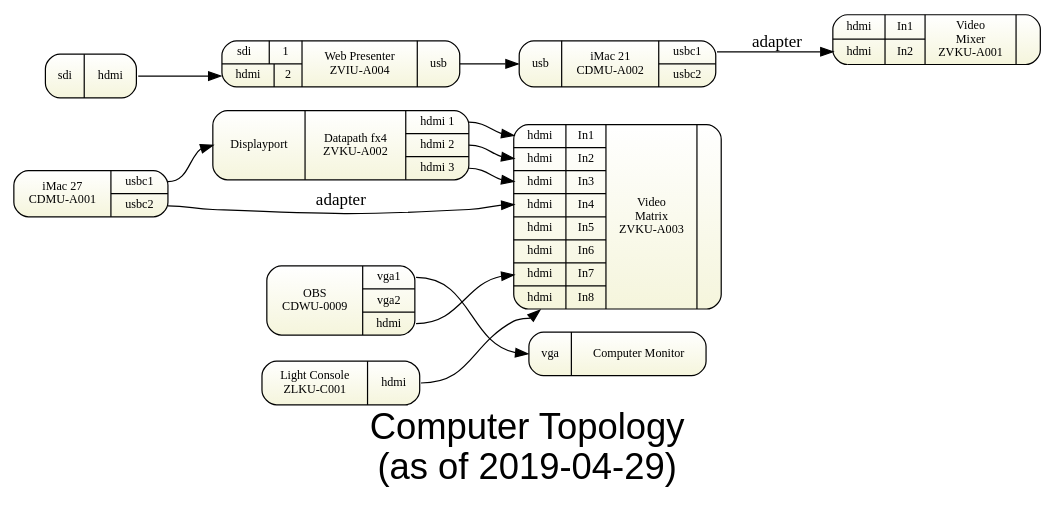
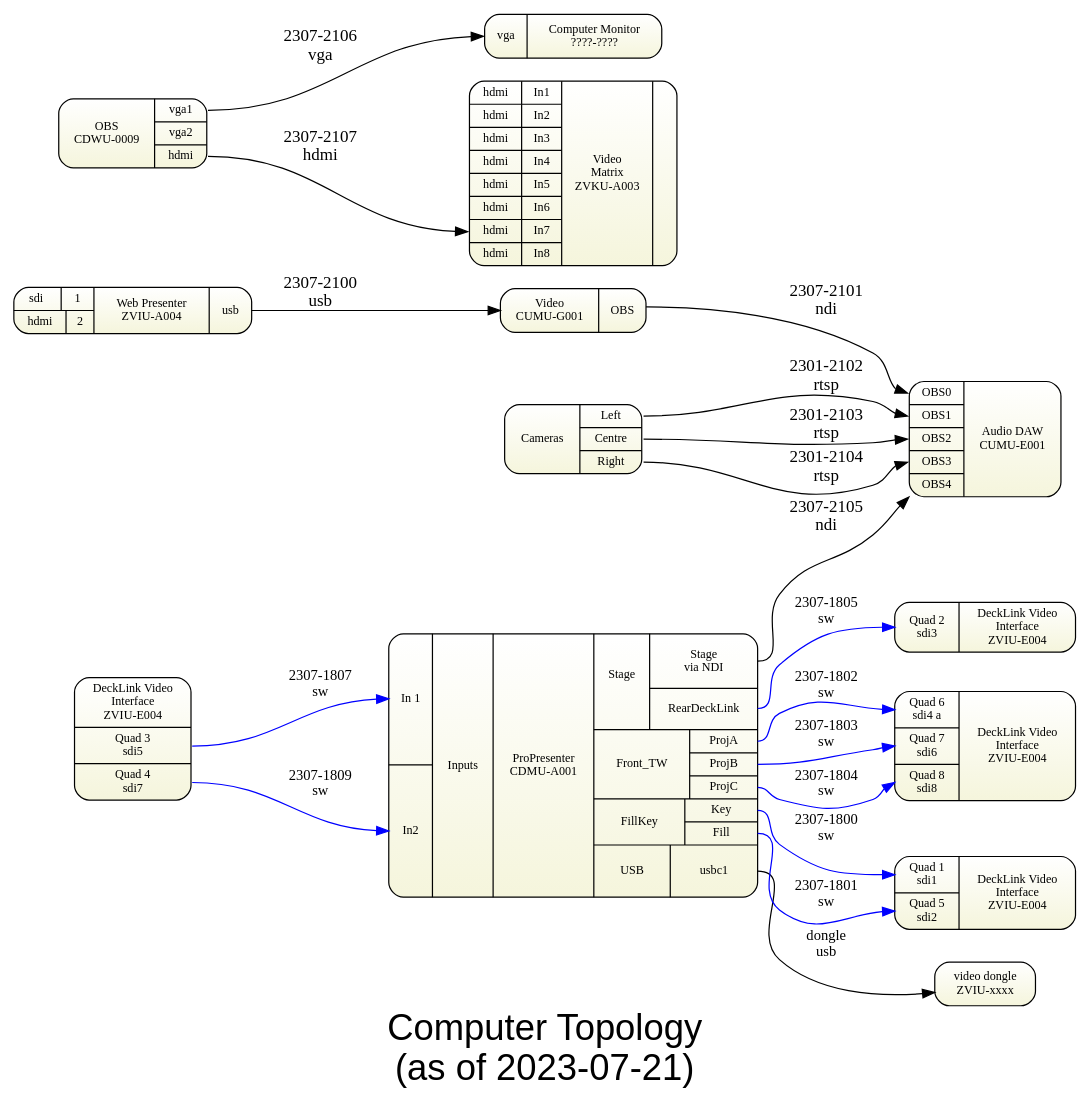
The diagram in sdv-topology1-computer.gv (avmaint/uactechdoc), drawn with Graphviz before and after one commit. The commit also changed 10 other files, not shown here.

```diff
--- a/sdv-topology1-computer.gv
+++ b/sdv-topology1-computer.gv
@@ -1,48 +1,121 @@
 digraph topology1 { 
 graph [overlap = true, fontsize = 30, rankdir=LR 
-      label="Computer Topology\n(as of 2019-04-29)",
+      label="Computer Topology\n(as of 2023-07-21)",
       fontname = Helvetica]
 
 node [shape=Mrecord, tooltip="" , fontsize = 10, 
       fillcolor="white:beige" , style=filled  
       gradientangle=270]
       
-vmatrix [label="{
+cumug001 [label="{{Video\nCUMU-G001}| OBS} "]
+cumue001 [label="{{<obs0>OBS0|<obs1>OBS1|<obs2>OBS2|<obs3>OBS3|<obs4>OBS4}|Audio DAW\nCUMU-E001}"]
+
+cameras [label=" {{Cameras}| {<l>Left|<c>Centre|<r>Right}} "]
+
+zviua004 -> cumug001:usbin [label="2307-2100\nusb"]
+
+cumug001  -> cumue001:obs0 [label="2307-2101\nndi"] 
+cameras:l -> cumue001:obs1 [label="2301-2102\nrtsp"]
+cameras:c -> cumue001:obs2 [label="2301-2103\nrtsp"]
+cameras:r -> cumue001:obs3 [label="2301-2104\nrtsp"]
+cdmua001:sdndi -> cumue001:obs [label="2307-2105\nndi"  ]
+
+cdmua001  [ label="
+{  
+    { <in1> In 1  | <in2> In2 }  | Inputs   
+| {ProPresenter\nCDMU-A001}   
+| {
+  { \n\nStage\n\n\n\n | { <sdndi> Stage\nvia NDI |  <sd> RearDeckLink  } } 
+
+ | {  Front_TW | { <pa> ProjA  | <pb> ProjB | <pc> ProjC }   } 	
+ 
+| { FillKey | { <k> Key  | <f> Fill }   }
+ 
+| { \nUSB\n\n |  {<usbc1>usbc1  } }
+}}}"]; 
+
+cdmua001:usbc1 -> adapter [label="dongle\nusb" fontsize=12]
+adapter [label="video dongle\nZVIU-xxxx"]
+
+zviue004tw [  label="
+{{   
+  <c4> Quad 6\nsdi4 a
+| <c6> Quad 7\nsdi6
+| <c8> Quad 8\nsdi8 
+  
+}
+| DeckLink Video\nInterface\nZVIU-E004 
+ }
+"];   
+
+zviue004in [  label="
+ DeckLink Video\nInterface\nZVIU-E004 | 
+{{ 
+  <c5> Quad 3\nsdi5
+| <c7> Quad 4\nsdi7
+}} 
+"]; 
+
+ zviue004kf [   label="
+ DeckLink Video\nInterface\nZVIU-E004 | 
+{{ 
+  <c1> Quad 1\nsdi1 
+| <c2> Quad 5\nsdi2
+}} 
+"];   
+
+zviue004sd [  label="
+{
+{  
+  <c3> Quad 2\nsdi3 
+} 
+|  DeckLink Video\nInterface\nZVIU-E004}  
+"]; 
+      
+zvkua003 [label="{
   {{<i1>hdmi|In1}|{<i2>hdmi|In2}|{<i3>hdmi|In3}|{<i4>hdmi|In4}|{<i5>hdmi|In5}|{<i6>hdmi|In6}|{<i7>hdmi|In7}|{<i8>hdmi|In8}}
   |{Video\nMatrix\nZVKU-A003}|
   {  } }"]
-  
-rswitch [label="{
-  {{<i1>hdmi|In1}|{<i2>hdmi|In2} }
-  |{Video\nMixer\nZVKU-A001}|
-    }"]  
     
 cdwu0009 [label="{{OBS\nCDWU-0009}|{<vga1>vga1|<vga2>vga2|<hdmi>hdmi}}"]
-cdmua001 [label="{{iMac 27\nCDMU-A001}|{<usbc1>usbc1|<usbc2>usbc2}}"]
-cdmua002 [label="{{<usbin>usb}|{iMac 21\nCDMU-A002}|{<usbc1>usbc1|<usbc2>usbc2}}"]
 
-wp [label="{{ {<i1>sdi&nbsp; |1 }|{<i2>hdmi|2} }|{Web Presenter \n ZVIU-A004}|{<usb>usb}}"]
+zviue004in [  label="
+ DeckLink Video\nInterface\nZVIU-E004 | 
+{{ 
+  <c5> Quad 3\nsdi5
+| <c7> Quad 4\nsdi7
+}} 
+"];  
 
-s2h [label="{<i>sdi|<o>hdmi}"]
+zviue004kf [  label="
+{ 
+{  
+  <c1> Quad 1\nsdi1 
+| <c2> Quad 5\nsdi2
+} 
+| DeckLink Video\nInterface\nZVIU-E004 
+}"];   
 
-s2h:o -> wp:i2
+zviua004 [label="{{ {<i1>sdi&nbsp; |1 }|{<i2>hdmi|2} }|{Web Presenter \n ZVIU-A004}|{<usb>usb}}"]
 
-fx4 [label="{{<dp>Displayport}|{Datapath fx4\nZVKU-A002}|{<o1>hdmi 1|<o2>hdmi 2|<o3>hdmi 3}}"]
-zlkub001 [label="{{Light Console\nZLKU-C001}|{<hdmi>hdmi }}"]
+cdwu0009:vga1  -> b1monitor:i [label="2307-2106\nvga"]
 
-cdmua001:usbc1 -> fx4:dp  
-cdwu0009:vga1  -> b1monitor:i 
+b1monitor [label="{<i>vga|Computer Monitor\n
+	????-????
+}"] 
 
-b1monitor [label="{<i>vga|Computer Monitor}"] 
+cdwu0009:hdmi  -> zvkua003:i7 [label="2307-2107\nhdmi"]
 
-fx4:o1         -> vmatrix:i1
-fx4:o2         -> vmatrix:i2
-fx4:o3         -> vmatrix:i3
-cdmua001:usbc2 -> vmatrix:i4 [label="adapter"]
-# Inputs 5 and 6 are from the video mixer
-cdwu0009:hdmi  -> vmatrix:i7
-zlkub001:hdmi  -> vmatrix:i8
+subgraph sw_edges { 
+	edge [style="solid", color="blue" fontsize="12pt"]
+cdmua001:k  -> zviue004kf:c1   [label="2307-1800\nsw" ]
+cdmua001:f  -> zviue004kf:c2   [label="2307-1801\nsw" ]
+cdmua001:pa -> zviue004tw:c4   [label="2307-1802\nsw" ]
+cdmua001:pb -> zviue004tw:c6   [label="2307-1803\nsw" ]
+cdmua001:pc -> zviue004tw:c8   [label="2307-1804\nsw" ]
+cdmua001:sd -> zviue004sd:c3   [label="2307-1805\nsw" ]
+zviue004in:c5  -> cdmua001 :in1 [label="2307-1807\nsw" ]
+zviue004in:c7  -> cdmua001 :in2 [label="2307-1809\nsw" ]
+}
 
-wp -> cdmua002:usbin 
-cdmua002:usbc1 -> rswitch:i2 [ label="adapter" ] 
 } 
```
